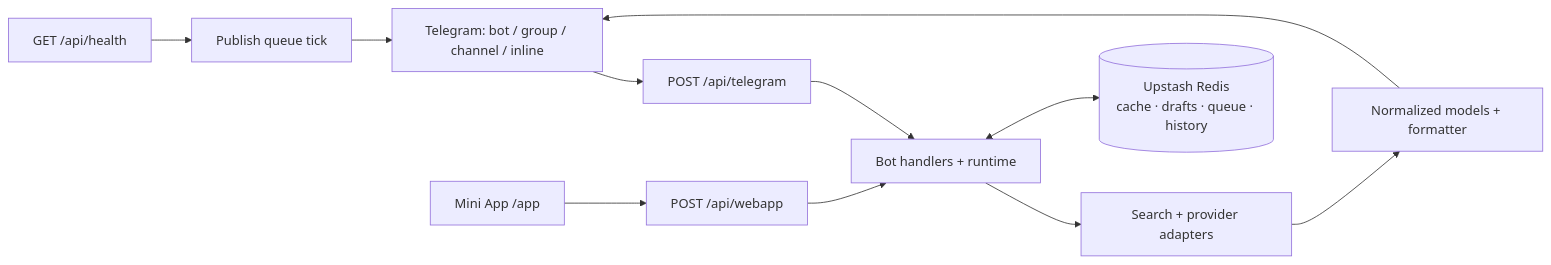
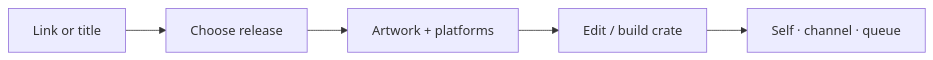
One commit to StonerHand/stonerhand-soundlinks-bot changed the diagram in README.md. Above: the diagram before and after it, drawn with Mermaid. The commit also changed other lines of this file and 2 other files, not shown here.

````diff
--- a/README.md
+++ b/README.md
@@ -170,13 +40,7 @@
 ```mermaid
 flowchart LR
-    TG["Telegram: bot / group / channel / inline"] --> WH["POST /api/telegram"]
-    APP["Mini App /app"] --> API["POST /api/webapp"]
-    WH --> BOT["Bot handlers + runtime"]
-    API --> BOT
-    BOT --> LOOKUP["Search + provider adapters"]
-    LOOKUP --> FORMAT["Normalized models + formatter"]
-    FORMAT --> TG
-    BOT <--> KV[("Upstash Redis\ncache · drafts · queue · history")]
-    HEALTH["GET /api/health"] --> QUEUE["Publish queue tick"]
-    QUEUE --> TG
+    A["Link or title"] --> B["Choose release"]
+    B --> C["Artwork + platforms"]
+    C --> D["Edit / build crate"]
+    D --> E["Self · channel · queue"]
 ```
````
